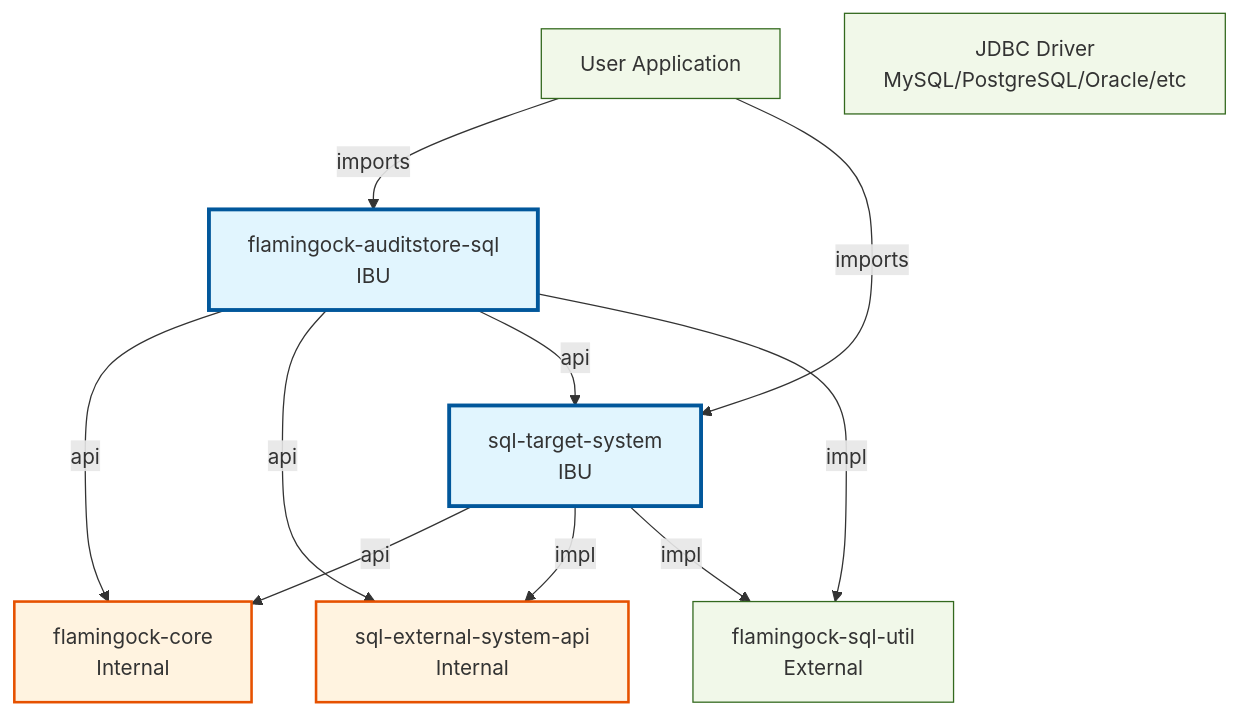
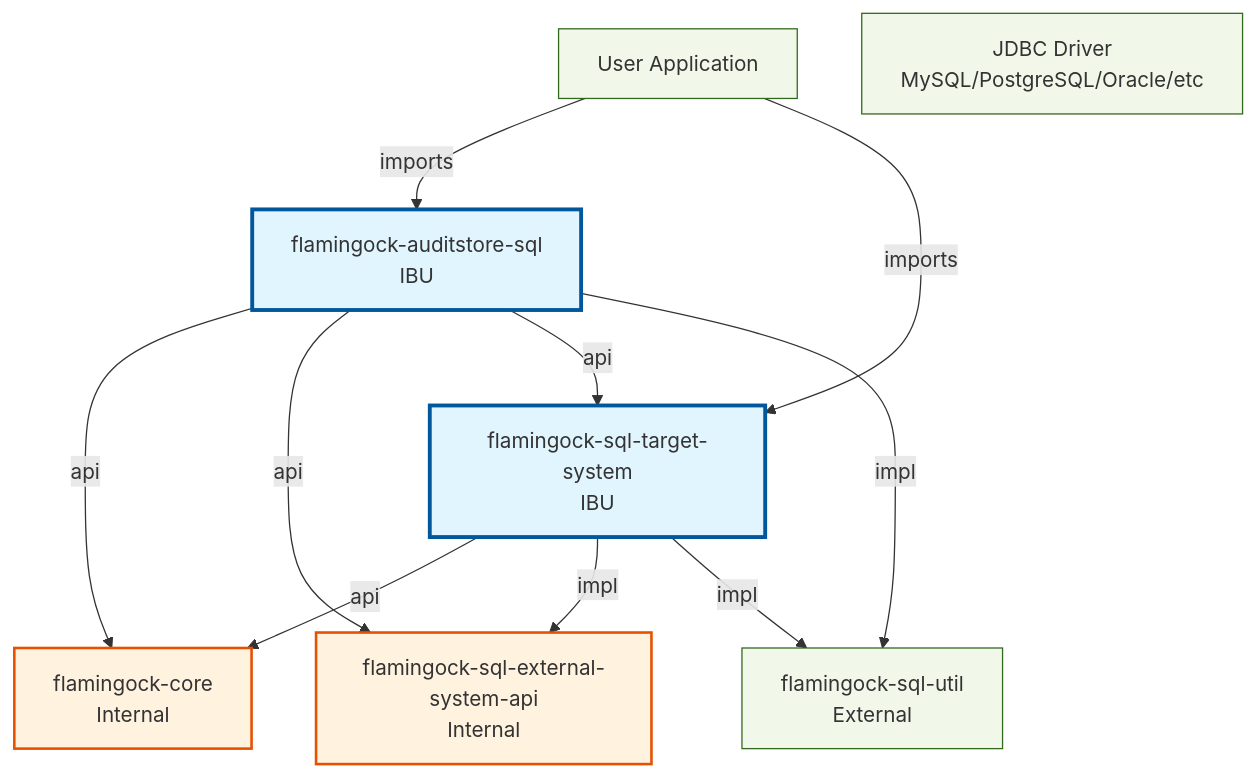
Before and after one commit to flamingock/flamingock-java: the fifth of 7 diagrams in docs/ARCHITECTURE_OVERVIEW.md, drawn with Mermaid. The commit also changed other lines of this file and 92 other files, not shown here.

````diff
--- a/docs/ARCHITECTURE_OVERVIEW.md
+++ b/docs/ARCHITECTURE_OVERVIEW.md
@@ -551,26 +551,26 @@
 ```mermaid
 graph TB
     classDef ibu fill:#e1f5fe,stroke:#01579b,stroke-width:3px
     classDef ubu fill:#f3e5f5,stroke:#4a148c,stroke-width:3px
     classDef internal fill:#fff3e0,stroke:#e65100,stroke-width:2px
     classDef external fill:#f1f8e9,stroke:#33691e,stroke-width:1px
 
     User[User Application]:::external
     User -->|imports| flamingock-auditstore-sql
-    User -->|imports| sql-target-system
+    User -->|imports| flamingock-sql-target-system
 
     flamingock-auditstore-sql[flamingock-auditstore-sql<br/>IBU]:::ibu
-    sql-target-system[sql-target-system<br/>IBU]:::ibu
-    sql-external-system-api[sql-external-system-api<br/>Internal]:::internal
+    flamingock-sql-target-system[flamingock-sql-target-system<br/>IBU]:::ibu
+    flamingock-sql-external-system-api[flamingock-sql-external-system-api<br/>Internal]:::internal
     flamingock-core[flamingock-core<br/>Internal]:::internal
     flamingock-sql-util[flamingock-sql-util<br/>External]:::external
     JDBC[JDBC Driver<br/>MySQL/PostgreSQL/Oracle/etc]:::external
 
     flamingock-auditstore-sql -->|api| flamingock-core
-    flamingock-auditstore-sql -->|api| sql-external-system-api
-    flamingock-auditstore-sql -->|api| sql-target-system
+    flamingock-auditstore-sql -->|api| flamingock-sql-external-system-api
+    flamingock-auditstore-sql -->|api| flamingock-sql-target-system
     flamingock-auditstore-sql -->|impl| flamingock-sql-util
-    sql-target-system -->|api| flamingock-core
-    sql-target-system -->|impl| sql-external-system-api
-    sql-target-system -->|impl| flamingock-sql-util
+    flamingock-sql-target-system -->|api| flamingock-core
+    flamingock-sql-target-system -->|impl| flamingock-sql-external-system-api
+    flamingock-sql-target-system -->|impl| flamingock-sql-util
 ```
````
